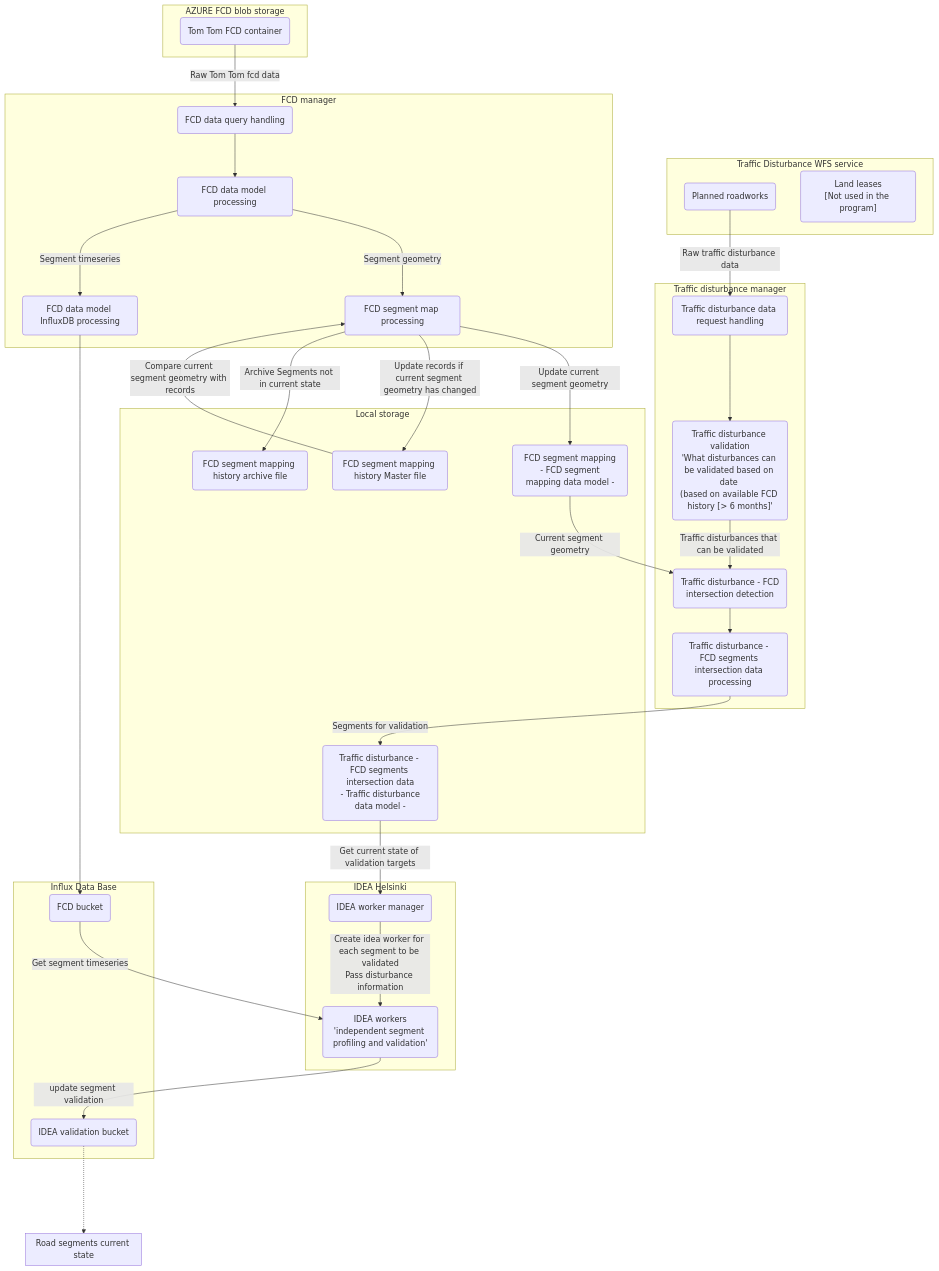
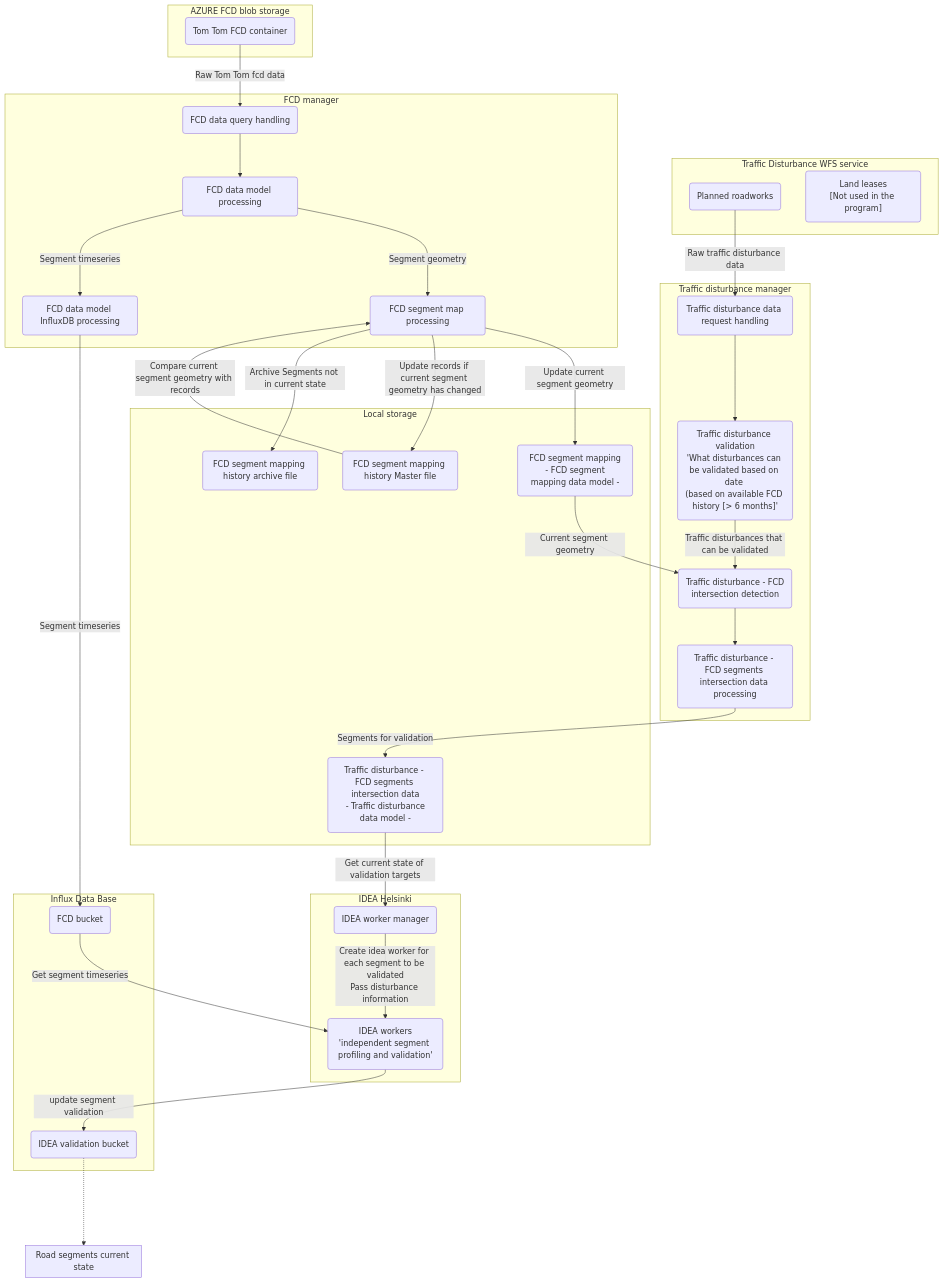
Before and after one commit to ForumViriumHelsinki/IDEA-Helsinki: the diagram in docs/program_schematic.md, drawn with Mermaid.

Commit message:
Updated program process schematic.

````diff
--- a/docs/program_schematic.md
+++ b/docs/program_schematic.md
@@ -1,76 +1,76 @@
 ```mermaid
 graph
     subgraph azureStorage["AZURE FCD blob storage"]
         TomTomBlobContainer("Tom Tom FCD container"):::db_bucket
     end
     
     subgraph TrafficDisturbanceWFS["Traffic Disturbance WFS service"]
         RoadWorks("Planned roadworks")
         LandLeases("Land leases<br>[Not used in the program]")
     end
     
     subgraph DisturbanceManager["Traffic disturbance manager"]
         TrafficDisturbanceDataRequest("Traffic disturbance data request handling")
         TrafficDisturbanceValidation("Traffic disturbance validation<br>'What disturbances can be validated based on date <br>(based on available FCD history [> 6 months]'")
         IntersectionDetection("Traffic disturbance - FCD<br>intersection detection")
         TrafficDisturbanceFCDDataProcessing("Traffic disturbance - FCD segments intersection data processing")
     end
     
     subgraph FcdManager["FCD manager"]
         FcdDataRequest("FCD data query handling")
         FcdDataModelProcessing("FCD data model processing")
         FcdDataMapProcessing("FCD segment map processing")
         FcdDataInfluxProcessing("FCD data model InfluxDB processing")
     end
     
     subgraph InfluxDB["Influx Data Base"]
         FcdBucket("FCD bucket"):::db_bucket 
         IdeaBucket("IDEA validation bucket"):::db_bucket
     end
     
     subgraph LocalStorage["Local storage"]
         FcdMapping("FCD segment mapping<br> - FCD segment mapping data model -"):::local_storage
         FcdMappingMasterHistory("FCD segment mapping history Master file"):::local_storage
         FcdMappingArchiveHistory("FCD segment mapping history archive file"):::local_storage 
         TrafficDisturbanceFCDData("Traffic disturbance - FCD segments intersection data<br> - Traffic disturbance data model -"):::local_storage
     end
     
     subgraph IdeaHelsinki["IDEA Helsinki"]
         IdeaManager("IDEA worker manager"):::idea_manager
         IdeaWorker("IDEA workers<br>'independent segment profiling and validation'"):::idea_worker
     end
     
     subgraph RoadSegmentState["Road segments current state"]
         
     end
     
     
     %% FCD processing
     TomTomBlobContainer -- "Raw Tom Tom fcd data" --> FcdDataRequest
     FcdDataRequest --> FcdDataModelProcessing
     FcdDataModelProcessing -- "Segment geometry" --> FcdDataMapProcessing
     FcdDataMapProcessing -- "Update current segment geometry" --> FcdMapping
     FcdMappingMasterHistory -- "Compare current segment geometry with records" --> FcdDataMapProcessing
     FcdDataMapProcessing -- "Update records if current segment geometry has changed" --> FcdMappingMasterHistory 
     FcdDataMapProcessing  --"Archive Segments not in current state" --> FcdMappingArchiveHistory
     
     FcdDataModelProcessing -- "Segment timeseries" --> FcdDataInfluxProcessing
-    FcdDataInfluxProcessing --> FcdBucket
+    FcdDataInfluxProcessing -- "Segment timeseries" --> FcdBucket
     
     %% Traffic disturbance processing
     RoadWorks -- "Raw traffic disturbance data" --> TrafficDisturbanceDataRequest
     TrafficDisturbanceDataRequest --> TrafficDisturbanceValidation
     TrafficDisturbanceValidation -- "Traffic disturbances that can be validated" -->IntersectionDetection
     FcdMapping -- "Current segment geometry" --> IntersectionDetection
     IntersectionDetection --> TrafficDisturbanceFCDDataProcessing
     TrafficDisturbanceFCDDataProcessing -- "Segments for validation" --> TrafficDisturbanceFCDData
     
     %% Idea processing
     TrafficDisturbanceFCDData -- "Get current state of validation targets" --> IdeaManager
     IdeaManager --"Create idea worker for each segment to be validated<br>Pass disturbance information" --> IdeaWorker
     FcdBucket -- "Get segment timeseries" --> IdeaWorker
     IdeaWorker --"update segment validation" --> IdeaBucket
     
     IdeaBucket -...-> RoadSegmentState
     
 ``` 
````
